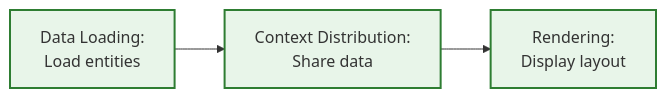
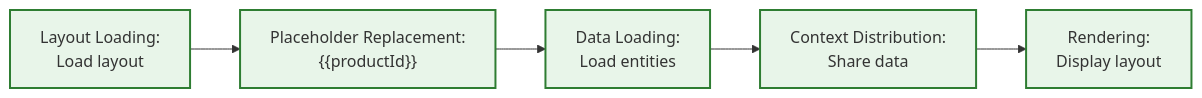
One commit to shopware/shopware changed the diagram in src/Core/Content/ContentSystem/USAGE.md. Above: the diagram before and after it, drawn with Mermaid. The commit also changed other lines of this file and 73 other files, not shown here.

````diff
--- a/src/Core/Content/ContentSystem/USAGE.md
+++ b/src/Core/Content/ContentSystem/USAGE.md
@@ -57,8 +38,10 @@
 ```mermaid
 graph LR
-    F["Data Loading:<br/>Load entities"] --> G["Context Distribution:<br/>Share data"]
-    G --> H["Rendering:<br/>Display layout"]
+    A["Layout Loading:<br/>Load layout"] --> B["Placeholder Replacement:<br/>{{productId}}"]
+    B --> C["Data Loading:<br/>Load entities"]
+    C --> D["Context Distribution:<br/>Share data"]
+    D --> E["Rendering:<br/>Display layout"]
 
-    classDef hydration fill:#e8f5e9,stroke:#2e7d32,stroke-width:2px
-    class F,G,H hydration
+    classDef process fill:#e8f5e9,stroke:#2e7d32,stroke-width:2px
+    class A,B,C,D,E process
 ```
````
